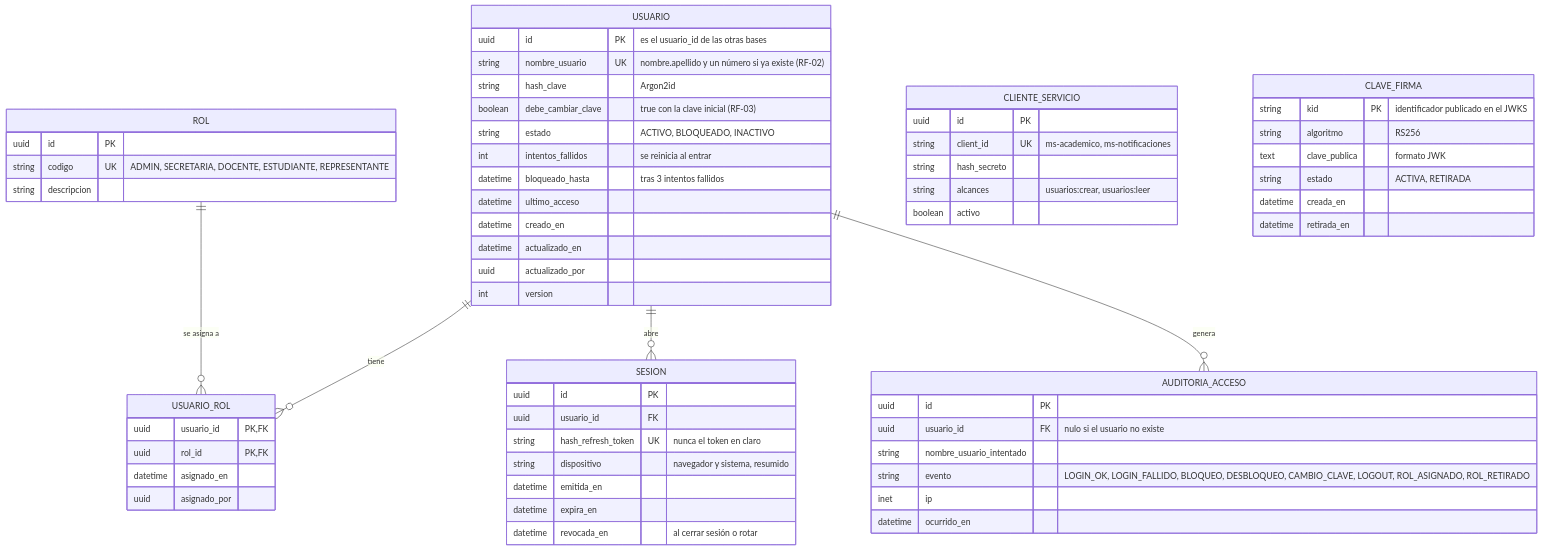
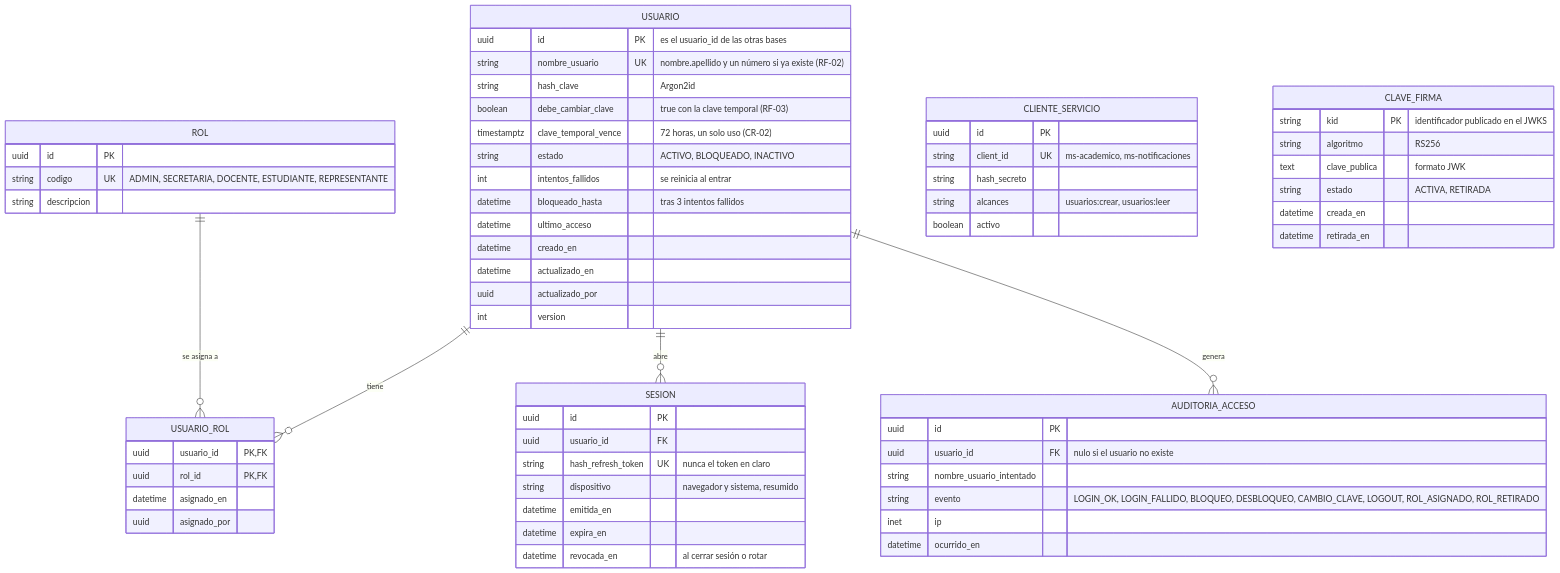
The fourth of 5 diagrams in docs/arquitectura/c4.md (SB-Solutions-EC/AulaConecta), drawn with Mermaid before and after one commit. The commit also changed other lines of this file and 96 other files, not shown here.

Commit message:
T1113-A: CI en verde, clave temporal (CR-02), endpoints de configuracion academica y alineacion con el Taller 2

````diff
--- a/docs/arquitectura/c4.md
+++ b/docs/arquitectura/c4.md
@@ -201,65 +201,66 @@
 ```mermaid
 erDiagram
     USUARIO ||--o{ USUARIO_ROL : "tiene"
     ROL ||--o{ USUARIO_ROL : "se asigna a"
     USUARIO ||--o{ SESION : "abre"
     USUARIO ||--o{ AUDITORIA_ACCESO : "genera"
 
     USUARIO {
         uuid id PK "es el usuario_id de las otras bases"
         string nombre_usuario UK "nombre.apellido y un número si ya existe (RF-02)"
         string hash_clave "Argon2id"
-        boolean debe_cambiar_clave "true con la clave inicial (RF-03)"
+        boolean debe_cambiar_clave "true con la clave temporal (RF-03)"
+        timestamptz clave_temporal_vence "72 horas, un solo uso (CR-02)"
         string estado "ACTIVO, BLOQUEADO, INACTIVO"
         int intentos_fallidos "se reinicia al entrar"
         datetime bloqueado_hasta "tras 3 intentos fallidos"
         datetime ultimo_acceso
         datetime creado_en
         datetime actualizado_en
         uuid actualizado_por
         int version
     }
     ROL {
         uuid id PK
         string codigo UK "ADMIN, SECRETARIA, DOCENTE, ESTUDIANTE, REPRESENTANTE"
         string descripcion
     }
     USUARIO_ROL {
         uuid usuario_id PK, FK
         uuid rol_id PK, FK
         datetime asignado_en
         uuid asignado_por
     }
     SESION {
         uuid id PK
         uuid usuario_id FK
         string hash_refresh_token UK "nunca el token en claro"
         string dispositivo "navegador y sistema, resumido"
         datetime emitida_en
         datetime expira_en
         datetime revocada_en "al cerrar sesión o rotar"
     }
     AUDITORIA_ACCESO {
         uuid id PK
         uuid usuario_id FK "nulo si el usuario no existe"
         string nombre_usuario_intentado
         string evento "LOGIN_OK, LOGIN_FALLIDO, BLOQUEO, DESBLOQUEO, CAMBIO_CLAVE, LOGOUT, ROL_ASIGNADO, ROL_RETIRADO"
         inet ip
         datetime ocurrido_en
     }
     CLIENTE_SERVICIO {
         uuid id PK
         string client_id UK "ms-academico, ms-notificaciones"
         string hash_secreto
         string alcances "usuarios:crear, usuarios:leer"
         boolean activo
     }
     CLAVE_FIRMA {
         string kid PK "identificador publicado en el JWKS"
         string algoritmo "RS256"
         text clave_publica "formato JWK"
         string estado "ACTIVA, RETIRADA"
         datetime creada_en
         datetime retirada_en
     }
 ```
````
